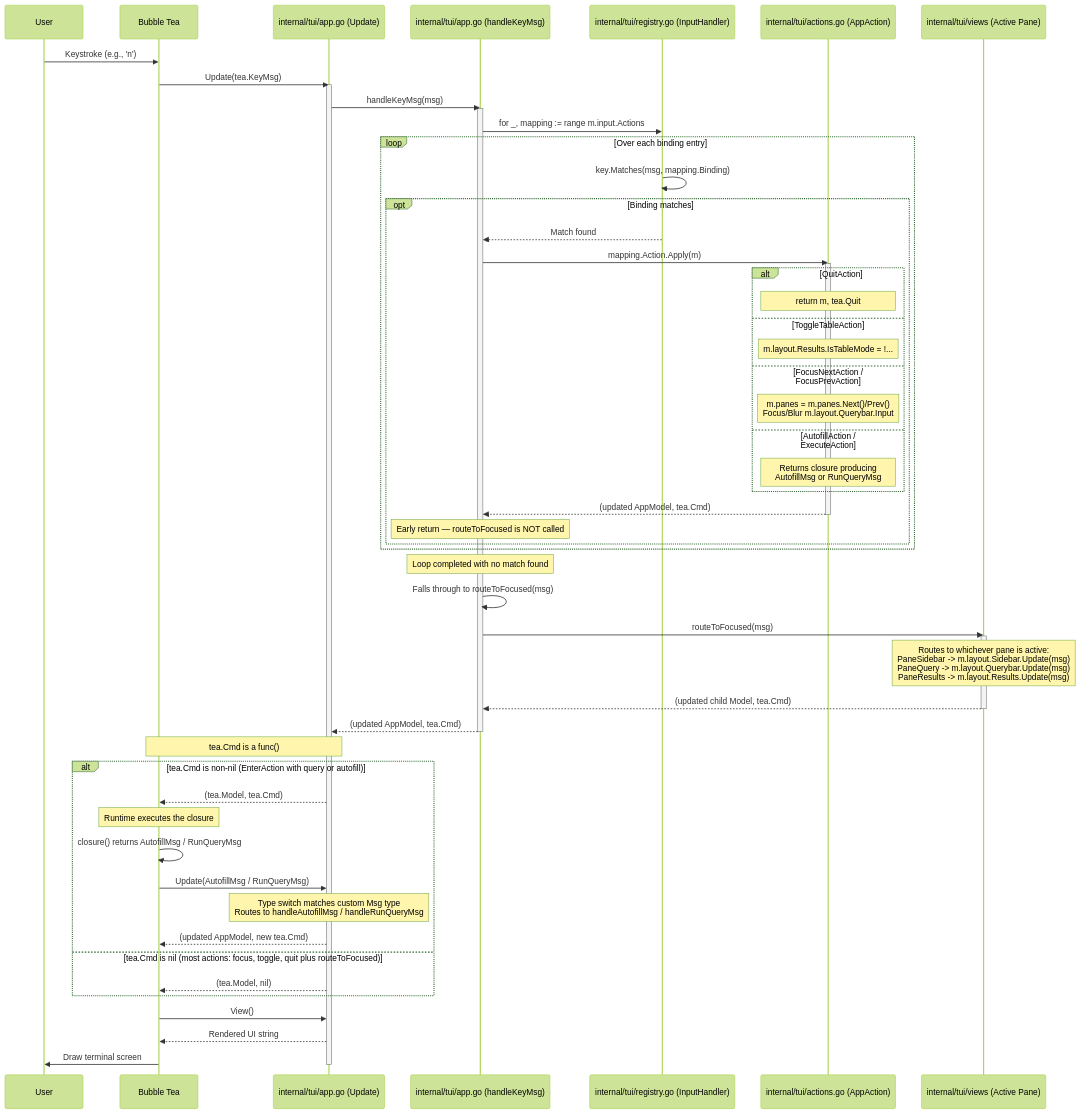
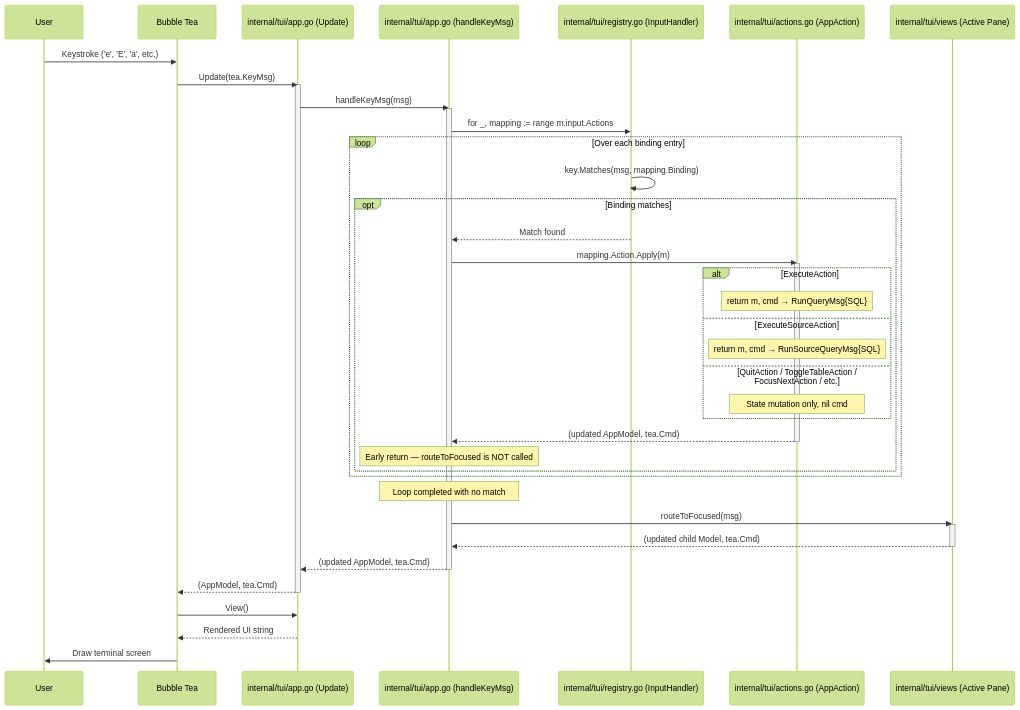
Before and after one commit to ajitm722/LazyOS: the third of 5 diagrams in docs/sequence_flows.md, drawn with Mermaid (forest theme). The commit also changed other lines of this file and 27 other files, not shown here.

First line of the commit message:
feat: persistent SQLite cache layer with source query bypass

````diff
--- a/docs/sequence_flows.md
+++ b/docs/sequence_flows.md
@@ -216,70 +198,53 @@
 ```mermaid
 sequenceDiagram
     participant User as User
     participant Runtime as Bubble Tea
     participant Model as internal/tui/app.go (Update)
     participant Handler as internal/tui/app.go (handleKeyMsg)
     participant Reg as internal/tui/registry.go (InputHandler)
     participant Action as internal/tui/actions.go (AppAction)
     participant Child as internal/tui/views (Active Pane)
 
-    User->>Runtime: Keystroke (e.g., 'n')
+    User->>Runtime: Keystroke ('e', 'E', 'a', etc.)
     Runtime->>Model: Update(tea.KeyMsg)
 
     activate Model
     Model->>Handler: handleKeyMsg(msg)
 
     activate Handler
     Handler->>Reg: for _, mapping := range m.input.Actions
 
     loop Over each binding entry
         Reg->>Reg: key.Matches(msg, mapping.Binding)
         opt Binding matches
             Reg-->>Handler: Match found
             Handler->>Action: mapping.Action.Apply(m)
             activate Action
-            alt QuitAction
-                Note over Action: return m, tea.Quit
-            else ToggleTableAction
-                Note over Action: m.layout.Results.IsTableMode = !...
-            else FocusNextAction / FocusPrevAction
-                Note over Action: m.panes = m.panes.Next()/Prev()<br/>Focus/Blur m.layout.Querybar.Input
-            else AutofillAction / ExecuteAction
-                Note over Action: Returns closure producing<br/>AutofillMsg or RunQueryMsg
+            alt ExecuteAction
+                Note over Action: return m, cmd → RunQueryMsg{SQL}
+            else ExecuteSourceAction
+                Note over Action: return m, cmd → RunSourceQueryMsg{SQL}
+            else QuitAction / ToggleTableAction / FocusNextAction / etc.
+                Note over Action: State mutation only, nil cmd
             end
             Action-->>Handler: (updated AppModel, tea.Cmd)
             deactivate Action
             Note over Handler: Early return — routeToFocused is NOT called
         end
     end
 
-    Note over Handler: Loop completed with no match found
-    Handler->>Handler: Falls through to routeToFocused(msg)
-
+    Note over Handler: Loop completed with no match
     Handler->>Child: routeToFocused(msg)
     activate Child
-    Note over Child: Routes to whichever pane is active:<br/>PaneSidebar -> m.layout.Sidebar.Update(msg)<br/>PaneQuery -> m.layout.Querybar.Update(msg)<br/>PaneResults -> m.layout.Results.Update(msg)
     Child-->>Handler: (updated child Model, tea.Cmd)
     deactivate Child
 
     Handler-->>Model: (updated AppModel, tea.Cmd)
     deactivate Handler
 
-    Note over Model, Runtime: tea.Cmd is a func()
-
-    alt tea.Cmd is non-nil (EnterAction with query or autofill)
-        Model-->>Runtime: (tea.Model, tea.Cmd)
-        Note over Runtime: Runtime executes the closure
-        Runtime->>Runtime: closure() returns AutofillMsg / RunQueryMsg
-        Runtime->>Model: Update(AutofillMsg / RunQueryMsg)
-        Note over Model: Type switch matches custom Msg type<br/>Routes to handleAutofillMsg / handleRunQueryMsg
-        Model-->>Runtime: (updated AppModel, new tea.Cmd)
-    else tea.Cmd is nil (most actions: focus, toggle, quit plus routeToFocused)
-        Model-->>Runtime: (tea.Model, nil)
-    end
-
+    Model-->>Runtime: (AppModel, tea.Cmd)
+    deactivate Model
     Runtime->>Model: View()
     Model-->>Runtime: Rendered UI string
     Runtime->>User: Draw terminal screen
-    deactivate Model
 ```
````
